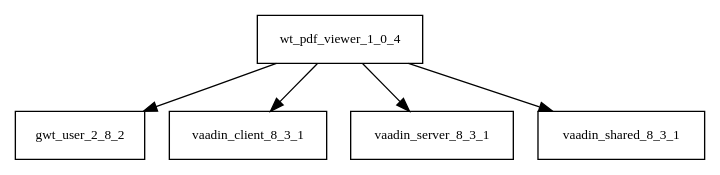
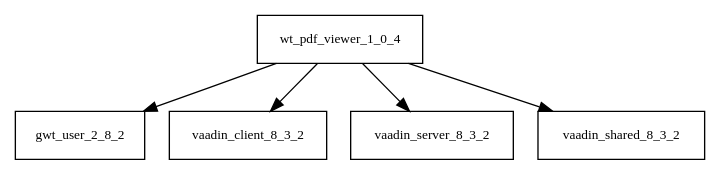
One commit to sjvs/cia changed the diagram in tattleTaleReport/graphviz/wt-pdf-viewer-1.0.4.jar/wt-pdf-viewer-1.0.4.jar.dot. Above: the diagram before and after it, drawn with Graphviz. The commit also changed 1517 other files, not shown here.

```diff
--- a/tattleTaleReport/graphviz/wt-pdf-viewer-1.0.4.jar/wt-pdf-viewer-1.0.4.jar.dot
+++ b/tattleTaleReport/graphviz/wt-pdf-viewer-1.0.4.jar/wt-pdf-viewer-1.0.4.jar.dot
@@ -1,7 +1,7 @@
 digraph wt_pdf_viewer_1_0_4_dependencies {
   node [shape = box, fontsize=10.0];
   wt_pdf_viewer_1_0_4 -> gwt_user_2_8_2;
-  wt_pdf_viewer_1_0_4 -> vaadin_client_8_3_1;
-  wt_pdf_viewer_1_0_4 -> vaadin_server_8_3_1;
-  wt_pdf_viewer_1_0_4 -> vaadin_shared_8_3_1;
+  wt_pdf_viewer_1_0_4 -> vaadin_client_8_3_2;
+  wt_pdf_viewer_1_0_4 -> vaadin_server_8_3_2;
+  wt_pdf_viewer_1_0_4 -> vaadin_shared_8_3_2;
 }
```
